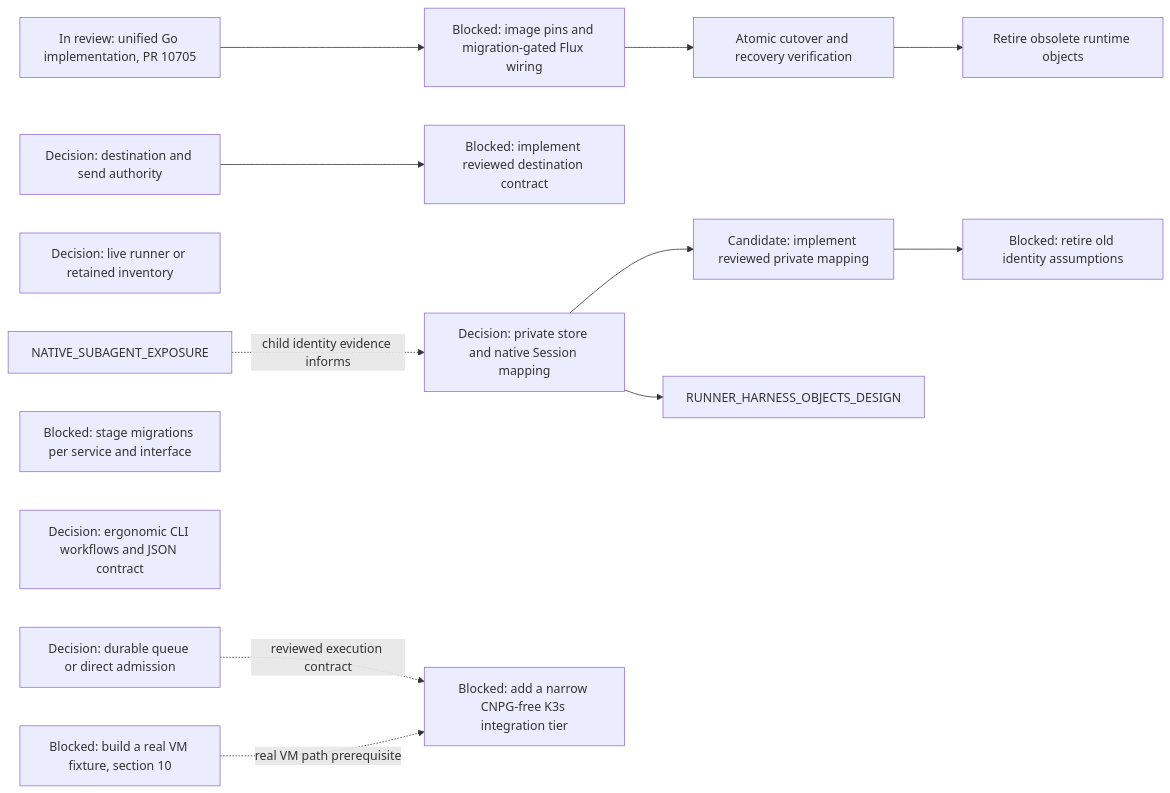
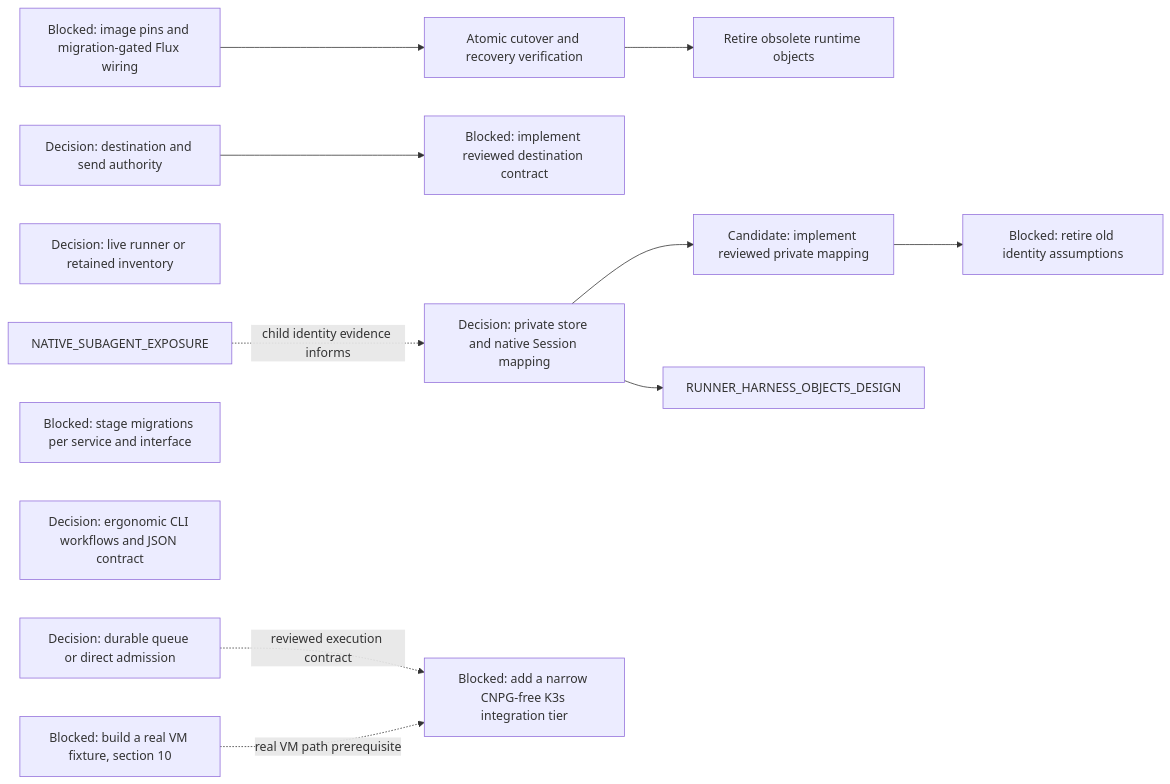
Diagram 16 of 16 in agentplane/plans/task_dag.md (agentydragon-agent/ducktape), drawn with Mermaid before and after one commit. The commit also changed other lines of this file, not shown here.

First line of the commit message:
Remove completed Runner Gateway work from task DAG (#10773)

````diff
--- a/agentplane/plans/task_dag.md
+++ b/agentplane/plans/task_dag.md
@@ -1349,28 +1335,26 @@
 ```mermaid
 flowchart LR
     DISPATCHER_PERSISTENCE_MODEL_DESIGN[Decision: durable queue or direct admission]
-    GATEWAY_GO_IMPLEMENTATION[In review: unified Go implementation, PR 10705]
     GATEWAY_GO_ROLLOUT_CONFIG[Blocked: image pins and migration-gated Flux wiring]
     DELIVERY_UNIFIED_CUTOVER[Atomic cutover and recovery verification]
     DELIVERY_OLD_RUNTIME_RETIRE[Retire obsolete runtime objects]
     RUNNER_INVENTORY_AUTHORITY_DESIGN[Decision: live runner or retained inventory]
     DELIVERY_DESTINATION_AUTHORITY_DESIGN[Decision: destination and send authority]
     DELIVERY_DESTINATION_CONTRACT[Blocked: implement reviewed destination contract]
     HARNESS_IDENTITY_DESIGN[Decision: private store and native Session mapping]
     RUNNER_STORE_SESSION_IDENTITY[Candidate: implement reviewed private mapping]
     RUNNER_IDENTITY_LEGACY_CLEANUP[Blocked: retire old identity assumptions]
     SERVICE_API_TRANSPORT_MIGRATIONS[Blocked: stage migrations per service and interface]
     AGENT_API_TOOLING_DESIGN[Decision: ergonomic CLI workflows and JSON contract]
     CNPG_FREE_K3S_INTEGRATION_TIER[Blocked: add a narrow CNPG-free K3s integration tier]
     K3S_VM_IMAGE[Blocked: build a real VM fixture, section 10]
-    GATEWAY_GO_IMPLEMENTATION --> GATEWAY_GO_ROLLOUT_CONFIG
     GATEWAY_GO_ROLLOUT_CONFIG --> DELIVERY_UNIFIED_CUTOVER
     DELIVERY_UNIFIED_CUTOVER --> DELIVERY_OLD_RUNTIME_RETIRE
     DELIVERY_DESTINATION_AUTHORITY_DESIGN --> DELIVERY_DESTINATION_CONTRACT
     RUNNER_STORE_SESSION_IDENTITY --> RUNNER_IDENTITY_LEGACY_CLEANUP
     NATIVE_SUBAGENT_EXPOSURE -. child identity evidence informs .-> HARNESS_IDENTITY_DESIGN
     HARNESS_IDENTITY_DESIGN --> RUNNER_STORE_SESSION_IDENTITY
     HARNESS_IDENTITY_DESIGN --> RUNNER_HARNESS_OBJECTS_DESIGN
     DISPATCHER_PERSISTENCE_MODEL_DESIGN -. reviewed execution contract .-> CNPG_FREE_K3S_INTEGRATION_TIER
     K3S_VM_IMAGE -. real VM path prerequisite .-> CNPG_FREE_K3S_INTEGRATION_TIER
 ```
````
